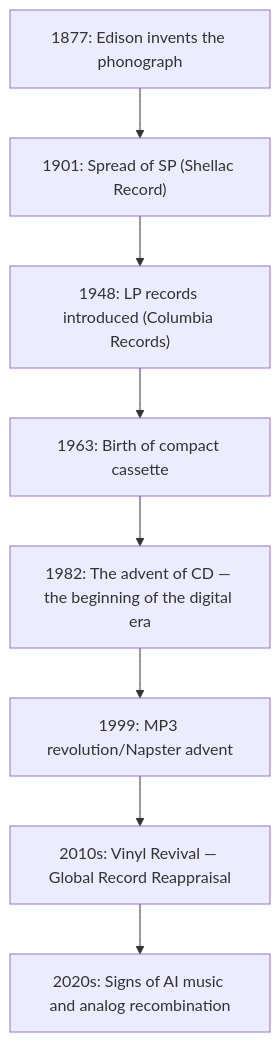
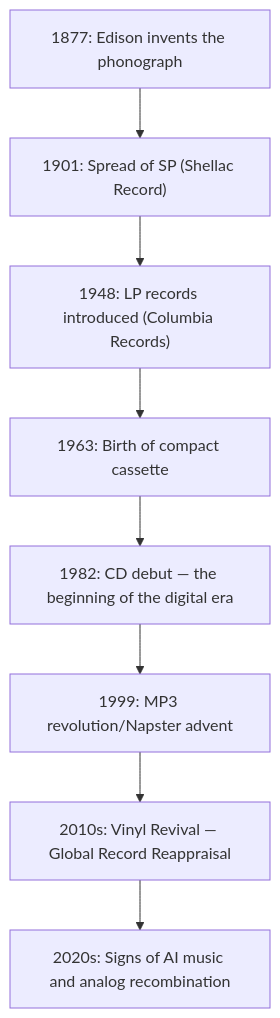
The diagram in en/_posts/2025-10-22-column-why-we-buy-vinyl.md (monumental-movement/monumental-movement.github.io), drawn with Mermaid before and after one commit. The commit also changed other lines of this file and 319 other files, not shown here.

```diff
--- a/en/_posts/2025-10-22-column-why-we-buy-vinyl.md
+++ b/en/_posts/2025-10-22-column-why-we-buy-vinyl.md
@@ -159,12 +159,12 @@
 <div class="mermaid">
 
 flowchart TD
     A1877["1877: Edison invents the phonograph"] --> A1901["1901: Spread of SP (Shellac Record)"]
     A1901 --> A1948["1948: LP records introduced (Columbia Records)"]
     A1948 --> A1963["1963: Birth of compact cassette"]
-    A1963 --> A1982["1982: The advent of CD — the beginning of the digital era"]
+    A1963 --> A1982["1982: CD debut — the beginning of the digital era"]
     A1982 --> A1999["1999: MP3 revolution/Napster advent"]
     A1999 --> A2010["2010s: Vinyl Revival — Global Record Reappraisal"]
     A2010 --> A2020["2020s: Signs of AI music and analog recombination"]
 
 </div>
```
